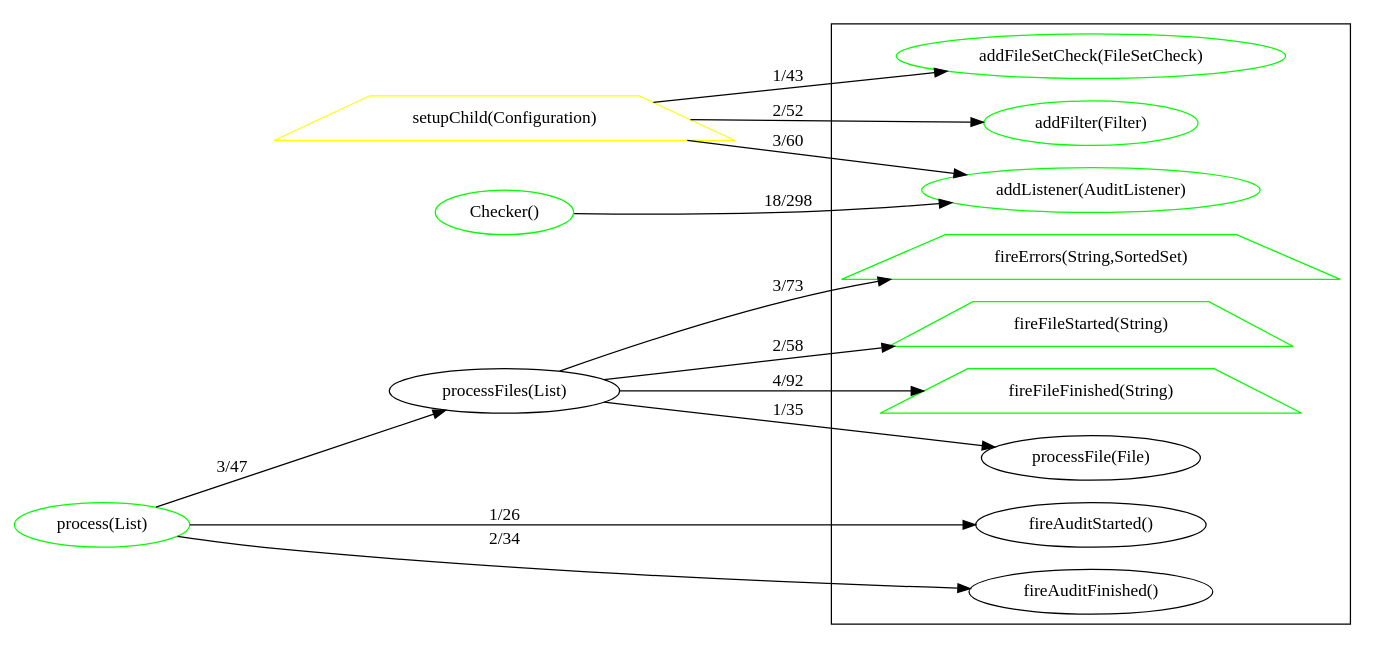
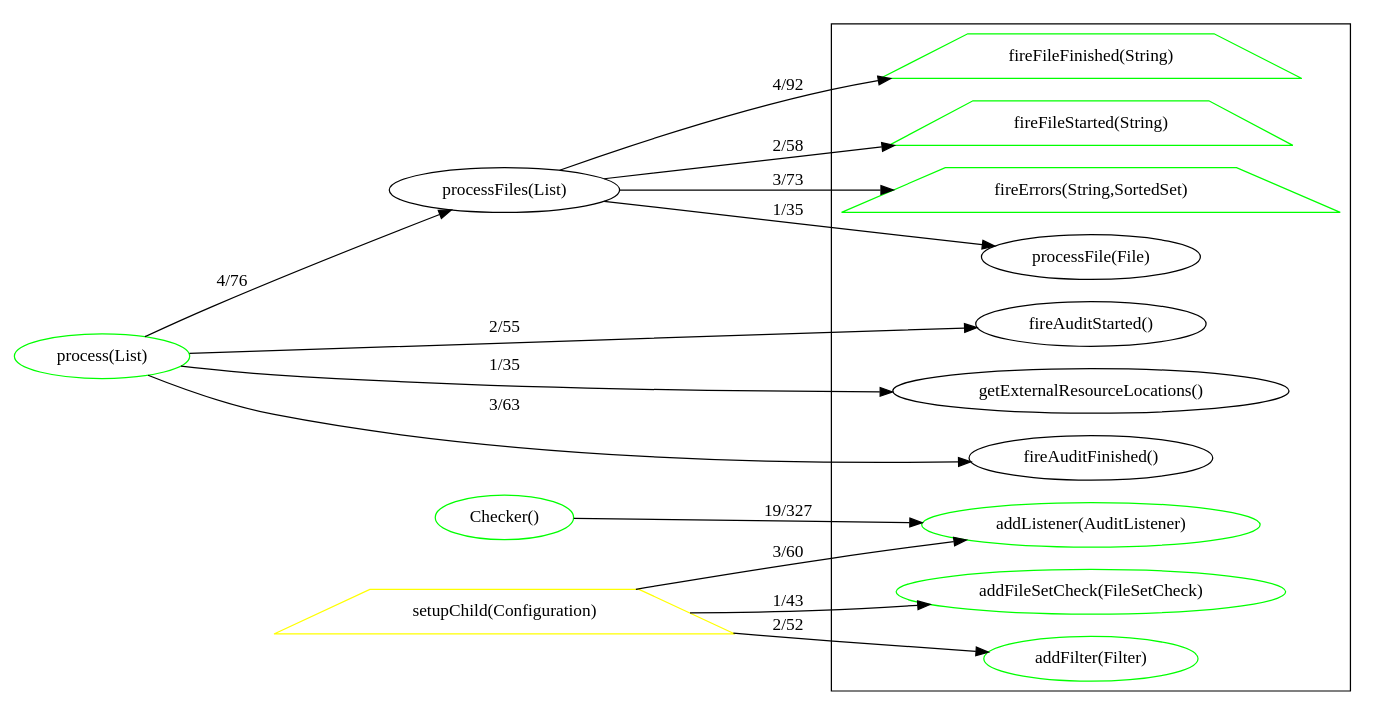
The diagram in README.md (sevntu-checkstyle/methods-distance), drawn with Graphviz before and after one commit. The commit also changed other lines of this file, not shown here.

Commit message:
Updated README.md. Fixes #2 (#18)

````diff
--- a/README.md
+++ b/README.md
@@ -38,45 +38,46 @@
 ```dot
 digraph "dependencies" {
 rankdir = "LR";
+"process(List)" [ color="#00ff00" shape="ellipse" ];
+"processFiles(List)" [ color="#000000" shape="ellipse" ];
+"Checker()" [ color="#00ff00" shape="ellipse" ];
 "setupChild(Configuration)" [ color="#ffff00" shape="trapezium" ];
-"process(List)" [ color="#00ff00" shape="ellipse" ];
-"Checker()" [ color="#00ff00" shape="ellipse" ];
-"processFiles(List)" [ color="#000000" shape="ellipse" ];
 subgraph clustersimple {
+"processFile(File)" [ color="#000000" shape="ellipse" ];
+"addFilter(Filter)" [ color="#00ff00" shape="ellipse" ];
+"fireFileFinished(String)" [ color="#00ff00" shape="trapezium" ];
+"fireFileStarted(String)" [ color="#00ff00" shape="trapezium" ];
 "fireAuditStarted()" [ color="#000000" shape="ellipse" ];
-"addFilter(Filter)" [ color="#00ff00" shape="ellipse" ];
+"fireErrors(String,SortedSet)" [ color="#00ff00" shape="trapezium" ];
+"getExternalResourceLocations()" [ color="#000000" shape="ellipse" ];
 "addFileSetCheck(FileSetCheck)" [ color="#00ff00" shape="ellipse" ];
-"fireFileFinished(String)" [ color="#00ff00" shape="trapezium" ];
-"fireErrors(String,SortedSet)" [ color="#00ff00" shape="trapezium" ];
-"processFile(File)" [ color="#000000" shape="ellipse" ];
 "fireAuditFinished()" [ color="#000000" shape="ellipse" ];
 "addListener(AuditListener)" [ color="#00ff00" shape="ellipse" ];
-"fireFileStarted(String)" [ color="#00ff00" shape="trapezium" ];
 }
-"setupChild(Configuration)" -> "addFileSetCheck(FileSetCheck)" [ label="1/43" ];
-"setupChild(Configuration)" -> "addFilter(Filter)" [ label="2/52" ];
-"setupChild(Configuration)" -> "addListener(AuditListener)" [ label="3/60" ];
-"process(List)" -> "fireAuditStarted()" [ label="1/26" ];
-"process(List)" -> "processFiles(List)" [ label="3/47" ];
-"process(List)" -> "fireAuditFinished()" [ label="2/34" ];
-"Checker()" -> "addListener(AuditListener)" [ label="18/298" ];
+"process(List)" -> "getExternalResourceLocations()" [ label="1/35" ];
+"process(List)" -> "fireAuditStarted()" [ label="2/55" ];
+"process(List)" -> "processFiles(List)" [ label="4/76" ];
+"process(List)" -> "fireAuditFinished()" [ label="3/63" ];
 "processFiles(List)" -> "fireFileStarted(String)" [ label="2/58" ];
 "processFiles(List)" -> "processFile(File)" [ label="1/35" ];
 "processFiles(List)" -> "fireErrors(String,SortedSet)" [ label="3/73" ];
 "processFiles(List)" -> "fireFileFinished(String)" [ label="4/92" ];
+"Checker()" -> "addListener(AuditListener)" [ label="19/327" ];
+"setupChild(Configuration)" -> "addFileSetCheck(FileSetCheck)" [ label="1/43" ];
+"setupChild(Configuration)" -> "addFilter(Filter)" [ label="2/52" ];
+"setupChild(Configuration)" -> "addListener(AuditListener)" [ label="3/60" ];
 /*
 Legend
 Node border color:
     a) GREEN - public
     b) YELLOW - protected
     c) BLACK - private
     d) BLUE - default
 Node shape:
     if static - rectangle
     otherwise if override - trapezium
     otherwise if overloaded - triangle
     otherwise ellipse
 */
 }
-
 ```
````
